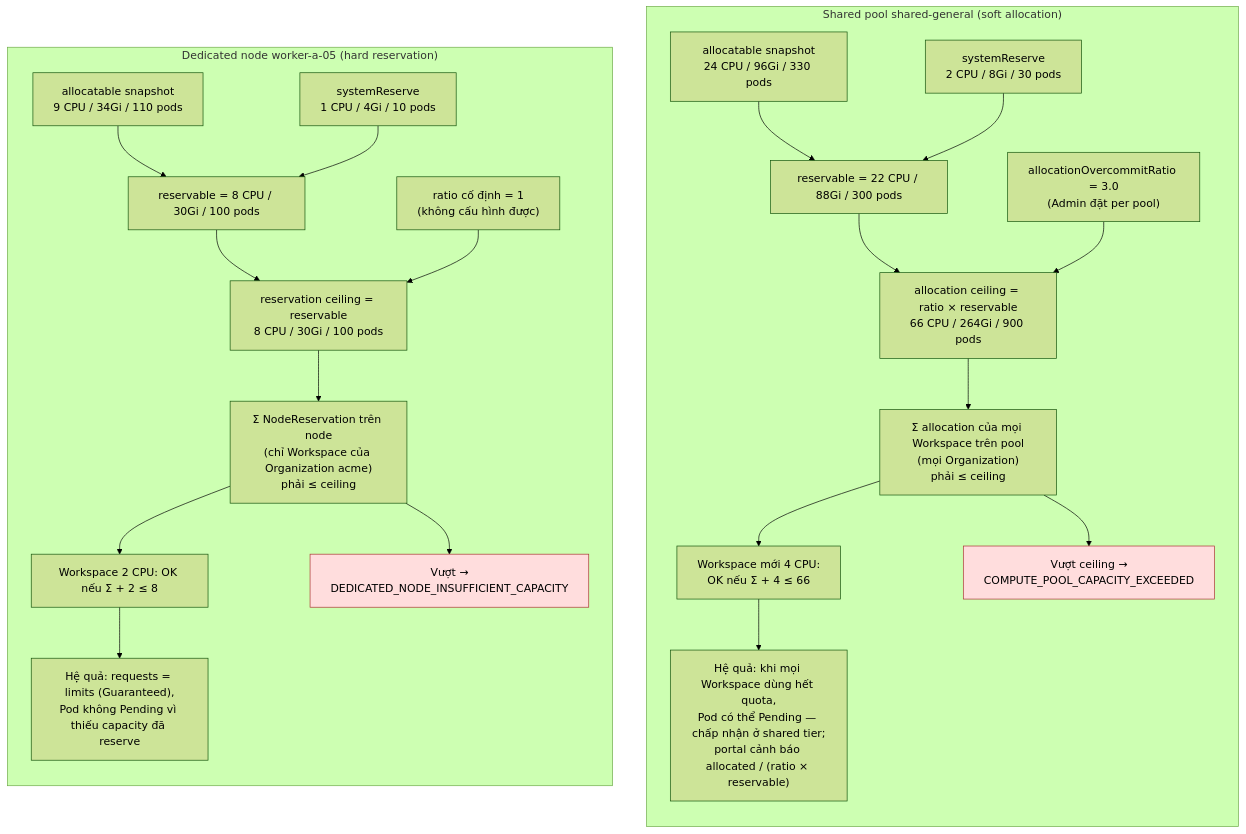
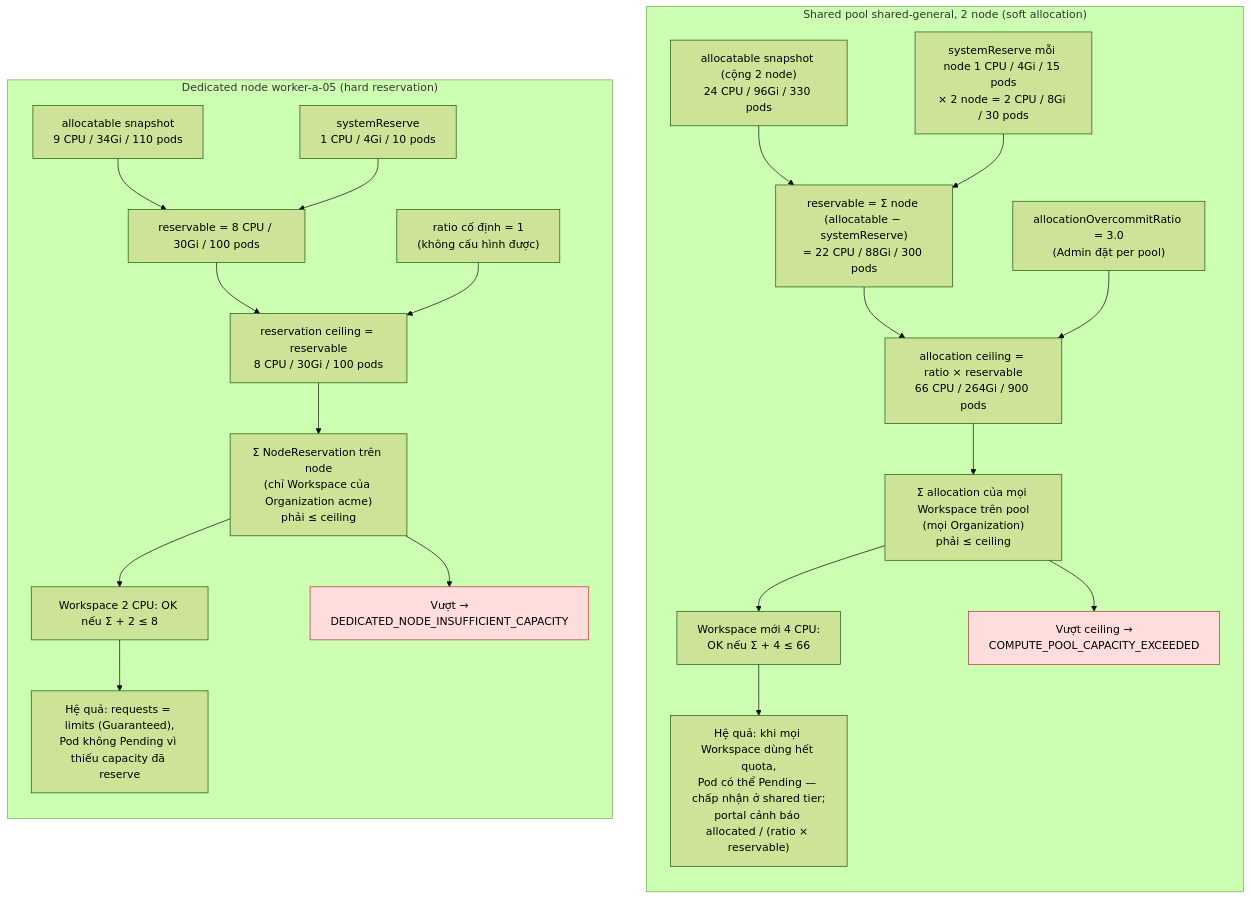
Before and after one commit to thaihoc1310/tenantry: the fourth of 9 diagrams in docs/architecture/05-network-and-scheduling.md, drawn with Mermaid (forest theme). The commit also changed other lines of this file and 14 other files, not shown here.

````diff
--- a/docs/architecture/05-network-and-scheduling.md
+++ b/docs/architecture/05-network-and-scheduling.md
@@ -193,47 +210,47 @@
 ```mermaid
 flowchart TB
-  subgraph SHAREDP["Shared pool shared-general (soft allocation)"]
+  subgraph SHAREDP["Shared pool shared-general, 2 node (soft allocation)"]
     direction TB
-    SA["allocatable snapshot<br/>24 CPU / 96Gi / 330 pods"]
-    SS["systemReserve<br/>2 CPU / 8Gi / 30 pods"]
-    SRV["reservable = 22 CPU / 88Gi / 300 pods"]
+    SA["allocatable snapshot (cộng 2 node)<br/>24 CPU / 96Gi / 330 pods"]
+    SS["systemReserve mỗi node 1 CPU / 4Gi / 15 pods<br/>× 2 node = 2 CPU / 8Gi / 30 pods"]
+    SRV["reservable = Σ node (allocatable − systemReserve)<br/>= 22 CPU / 88Gi / 300 pods"]
     RATIO["allocationOvercommitRatio = 3.0<br/>(Admin đặt per pool)"]
     CAP["allocation ceiling = ratio × reservable<br/>66 CPU / 264Gi / 900 pods"]
     SUM["Σ allocation của mọi Workspace trên pool<br/>(mọi Organization)<br/>phải ≤ ceiling"]
     SA --> SRV
     SS --> SRV
     SRV --> CAP
     RATIO --> CAP
     CAP --> SUM
     SUMOK["Workspace mới 4 CPU:<br/>OK nếu Σ + 4 ≤ 66"]
     SUMBAD["Vượt ceiling →<br/>COMPUTE_POOL_CAPACITY_EXCEEDED"]
     SUM --> SUMOK
     SUM --> SUMBAD
     PEND["Hệ quả: khi mọi Workspace dùng hết quota,<br/>Pod có thể Pending — chấp nhận ở shared tier;<br/>portal cảnh báo allocated / (ratio × reservable)"]
     SUMOK --> PEND
   end
 
   subgraph DEDP["Dedicated node worker-a-05 (hard reservation)"]
     direction TB
     DA["allocatable snapshot<br/>9 CPU / 34Gi / 110 pods"]
     DSR["systemReserve<br/>1 CPU / 4Gi / 10 pods"]
     DRV["reservable = 8 CPU / 30Gi / 100 pods"]
     DRATIO["ratio cố định = 1<br/>(không cấu hình được)"]
     DCAP["reservation ceiling = reservable<br/>8 CPU / 30Gi / 100 pods"]
     DSUM["Σ NodeReservation trên node<br/>(chỉ Workspace của Organization acme)<br/>phải ≤ ceiling"]
     DA --> DRV
     DSR --> DRV
     DRV --> DCAP
     DRATIO --> DCAP
     DCAP --> DSUM
     DOK["Workspace 2 CPU: OK nếu Σ + 2 ≤ 8"]
     DBAD["Vượt →<br/>DEDICATED_NODE_INSUFFICIENT_CAPACITY"]
     DSUM --> DOK
     DSUM --> DBAD
     DGUAR["Hệ quả: requests = limits (Guaranteed),<br/>Pod không Pending vì thiếu capacity đã reserve"]
     DOK --> DGUAR
   end
 
   classDef bad fill:#fdd,stroke:#a33;
   class SUMBAD,DBAD bad;
 ```
````
